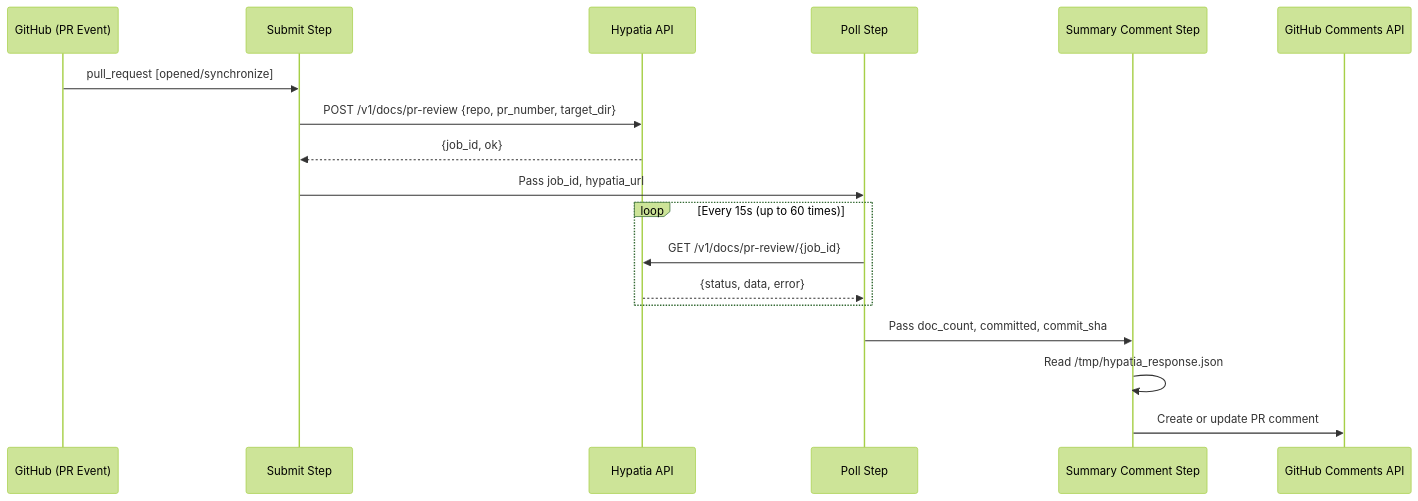
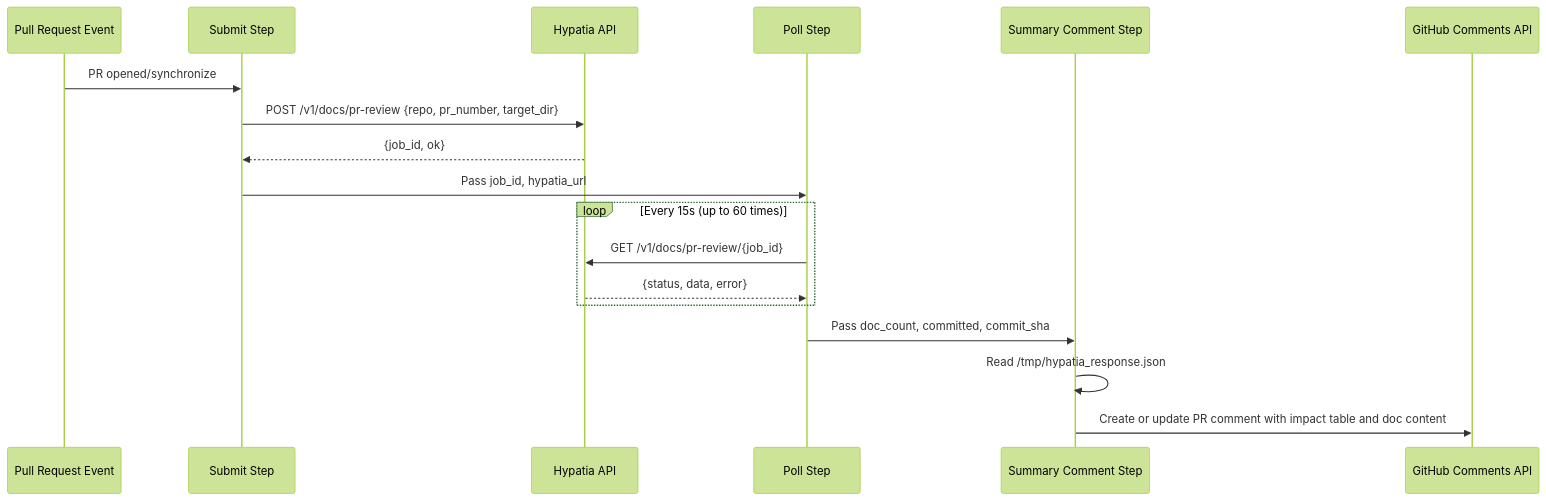
One commit to cornelisnetworks/opa-psm2-tests changed the second of 4 diagrams in docs/.github-workflows.md. Above: the diagram before and after it, drawn with Mermaid (forest theme). The commit also changed other lines of this file and 1 other file, not shown here.

````diff
--- a/docs/.github-workflows.md
+++ b/docs/.github-workflows.md
@@ -43,21 +43,21 @@
 ```mermaid
 sequenceDiagram
-    participant GH as GitHub (PR Event)
+    participant PR as Pull Request Event
     participant Submit as Submit Step
-    participant Hypatia as Hypatia API
+    participant API as Hypatia API
     participant Poll as Poll Step
     participant Summary as Summary Comment Step
-    participant GHAPI as GitHub Comments API
+    participant GH as GitHub Comments API
 
-    GH->>Submit: pull_request [opened/synchronize]
-    Submit->>Hypatia: POST /v1/docs/pr-review {repo, pr_number, target_dir}
-    Hypatia-->>Submit: {job_id, ok}
+    PR->>Submit: PR opened/synchronize
+    Submit->>API: POST /v1/docs/pr-review {repo, pr_number, target_dir}
+    API-->>Submit: {job_id, ok}
     Submit->>Poll: Pass job_id, hypatia_url
     loop Every 15s (up to 60 times)
-        Poll->>Hypatia: GET /v1/docs/pr-review/{job_id}
-        Hypatia-->>Poll: {status, data, error}
+        Poll->>API: GET /v1/docs/pr-review/{job_id}
+        API-->>Poll: {status, data, error}
     end
     Poll->>Summary: Pass doc_count, committed, commit_sha
     Summary->>Summary: Read /tmp/hypatia_response.json
-    Summary->>GHAPI: Create or update PR comment
+    Summary->>GH: Create or update PR comment with impact table and doc content
 ```
````
